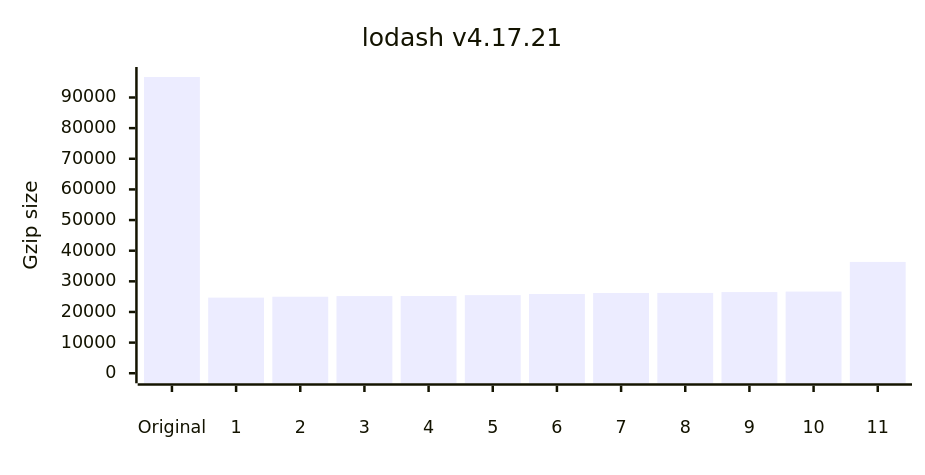
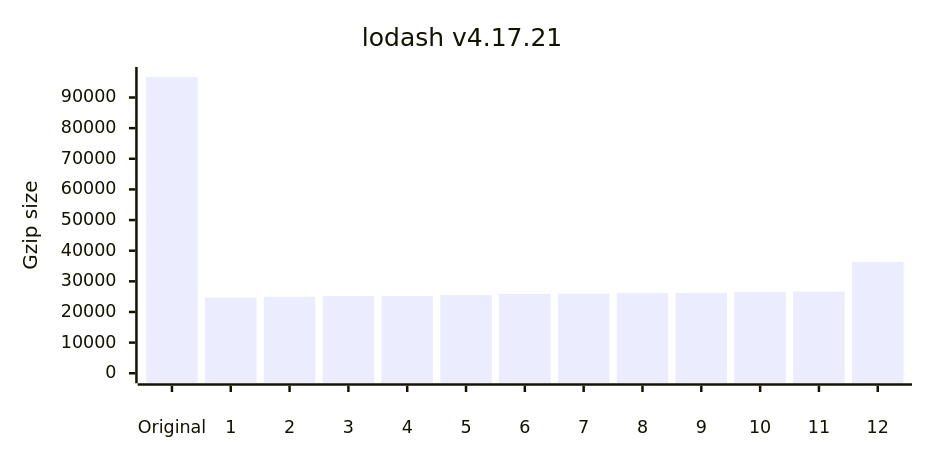
The fifth of 12 diagrams in README.md (privatenumber/minification-benchmarks), drawn with Mermaid before and after one commit. The commit also changed other lines of this file and 1 other file, not shown here.

````diff
--- a/README.md
+++ b/README.md
@@ -225,17 +230,17 @@
 ```mermaid
 ---
 config:
     xyChart:
         width: 720
         height: 360
         xAxis:
             labelPadding: 20
         yAxis:
             labelPadding: 10
 ---
 xychart-beta
 	title "lodash v4.17.21"
-	x-axis ["Original",1,2,3,4,5,6,7,8,9,10,11]
+	x-axis ["Original",1,2,3,4,5,6,7,8,9,10,11,12]
 	y-axis "Gzip size" 0 --> 96690
-	bar [96690,24686,24972,25186,25210,25503,25862,26200,26221,26498,26655,36327]
+	bar [96690,24686,24972,25186,25210,25503,25862,25991,26200,26221,26498,26655,36327]
 ```
````
